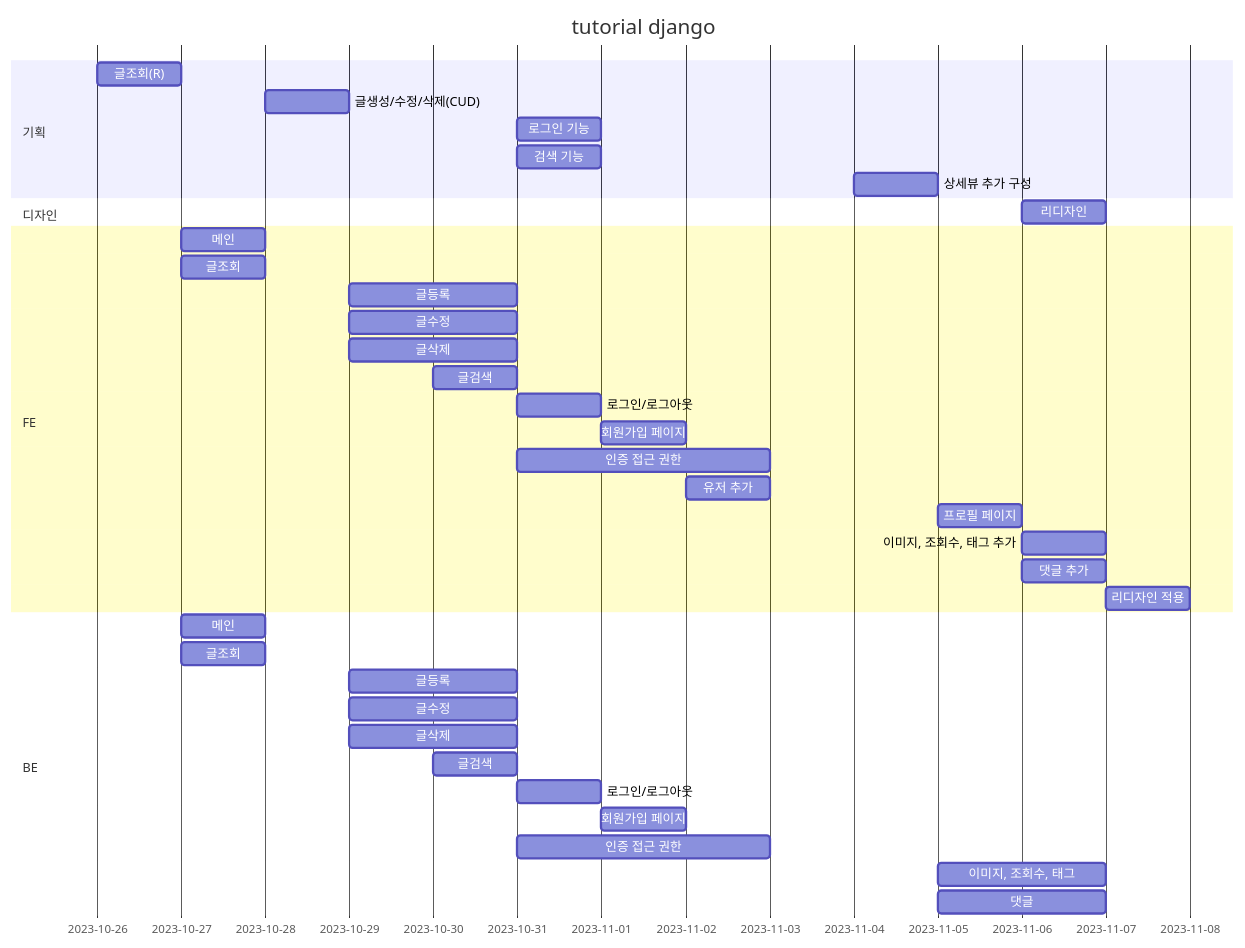
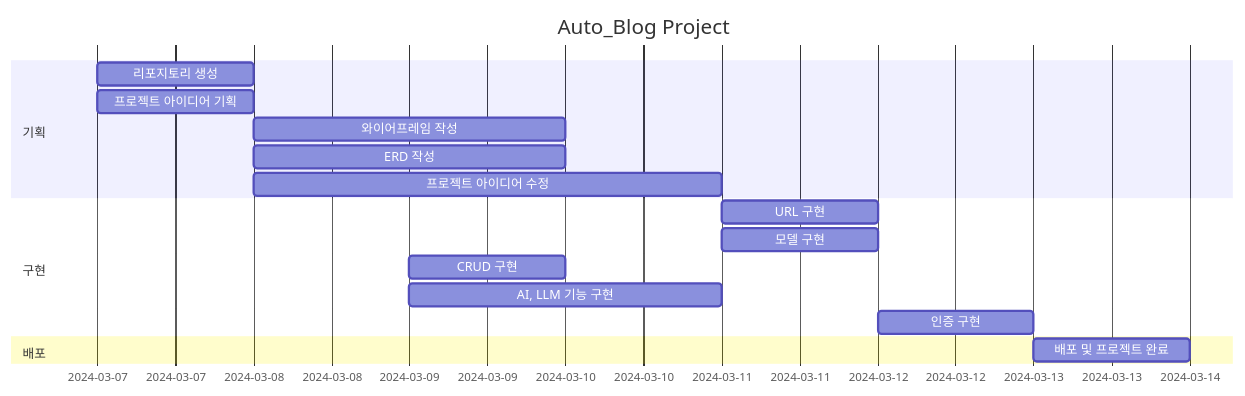
Before and after one commit to SungjaeS/SURI: the second of 7 diagrams in readme.md, drawn with Mermaid. The commit also changed other lines of this file, not shown here.

````diff
--- a/readme.md
+++ b/readme.md
@@ -276,40 +276,19 @@
 ```mermaid
 gantt
-    title tutorial django
+    title Auto_Blog Project
     dateFormat YY-MM-DD
     section 기획
-        글조회(R) :2023-10-26, 1d
-        글생성/수정/삭제(CUD) :2023-10-28, 1d
-        로그인 기능 :2023-10-31, 1d
-        검색 기능 :2023-10-31, 1d
-        상세뷰 추가 구성 :2023-11-4, 1d
-    section 디자인
-        리디자인 :2023-11-6, 1d
-    section FE
-        메인    :2023-10-27, 1d
-        글조회    :2023-10-27, 1d
-        글등록    :2023-10-29, 2d
-        글수정    :2023-10-29, 2d
-        글삭제    :2023-10-29, 2d
-        글검색    :2023-10-30, 1d
-        로그인/로그아웃 :2023-10-31, 1d
-        회원가입 페이지 :2023-11-1, 1d
-        인증 접근 권한 :2023-10-31, 3d
-        유저 추가 :2023-11-2, 1d
-        프로필 페이지 :2023-11-5, 1d
-        이미지, 조회수, 태그 추가 :2023-11-6, 1d
-        댓글 추가 :2023-11-6, 1d
-        리디자인 적용 :2023-11-7, 1d
-    section BE
-        메인    :2023-10-27, 1d
-        글조회    :2023-10-27, 1d
-        글등록    :2023-10-29, 2d
-        글수정    :2023-10-29, 2d
-        글삭제    :2023-10-29, 2d
-        글검색    :2023-10-30, 1d
-        로그인/로그아웃 :2023-10-31, 1d
-        회원가입 페이지 :2023-11-1, 1d
-        인증 접근 권한 :2023-10-31, 3d
-        이미지, 조회수, 태그 :2023-11-5, 2d
-        댓글 :2023-11-5, 2d
+        리포지토리 생성 :2024-03-07, 1d
+        프로젝트 아이디어 기획 :2024-03-07, 1d
+        와이어프레임 작성 :2024-03-08, 2d
+        ERD 작성 :2024-03-08, 2d
+        프로젝트 아이디어 수정 :2024-03-08, 3d
+    section 구현
+        URL 구현 :2024-03-11, 1d
+        모델 구현 :2024-03-11, 1d
+        CRUD 구현 :2024-03-09, 1d
+        AI, LLM 기능 구현 :2024-03-09, 2d
+        인증 구현 :2024-03-12, 1d
+    section 배포
+        배포 및 프로젝트 완료 :2024-03-13, 1d
 ```
````
